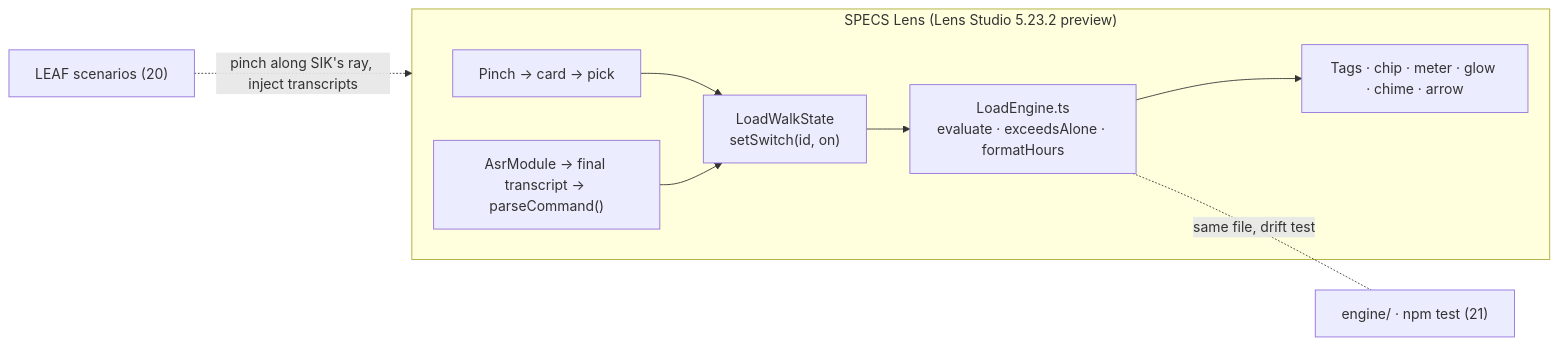
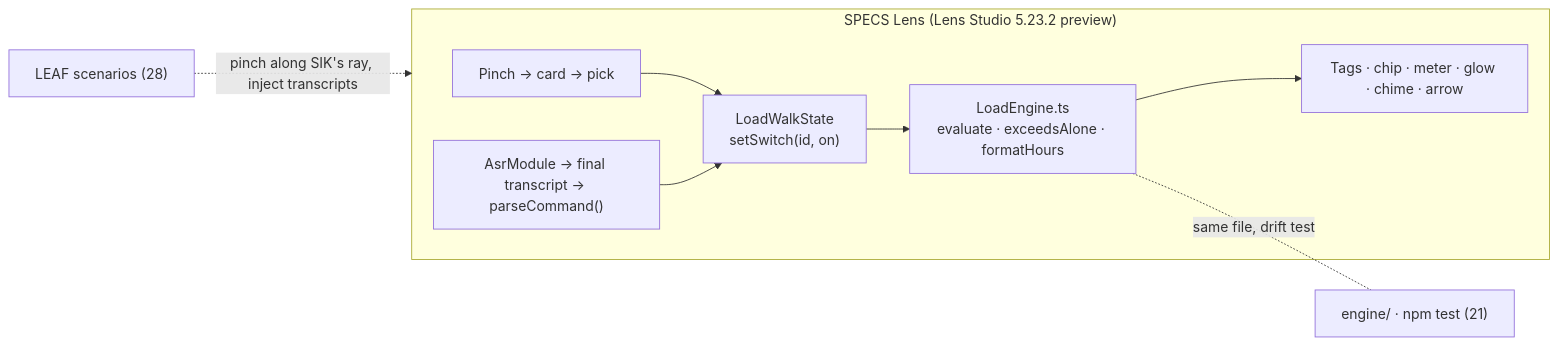
The diagram in README.md (techbone/load-walk), drawn with Mermaid before and after one commit. The commit also changed other lines of this file and 3 other files, not shown here.

````diff
--- a/README.md
+++ b/README.md
@@ -68,11 +70,11 @@
 ```mermaid
 flowchart LR
   subgraph Lens["SPECS Lens (Lens Studio 5.23.2 preview)"]
     Scan["Pinch → card → pick"] --> State["LoadWalkState<br/>setSwitch(id, on)"]
     Voice["AsrModule → final transcript → parseCommand()"] --> State
     State --> Engine["LoadEngine.ts<br/>evaluate · exceedsAlone · formatHours"]
     Engine --> UI["Tags · chip · meter · glow · chime · arrow"]
   end
   Engine -. "same file, drift test" .- Tests["engine/ · npm test (21)"]
-  LEAF["LEAF scenarios (20)"] -. "pinch along SIK's ray, inject transcripts" .-> Lens
+  LEAF["LEAF scenarios (28)"] -. "pinch along SIK's ray, inject transcripts" .-> Lens
 ```
````
